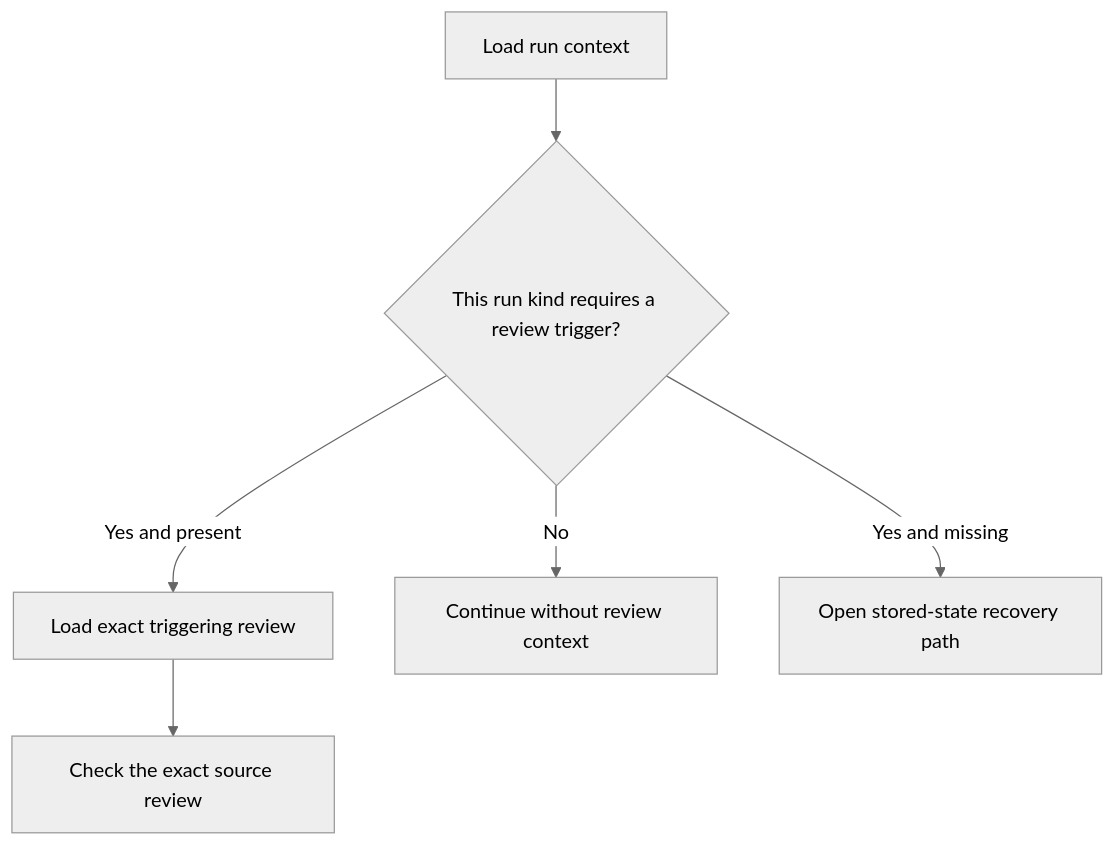
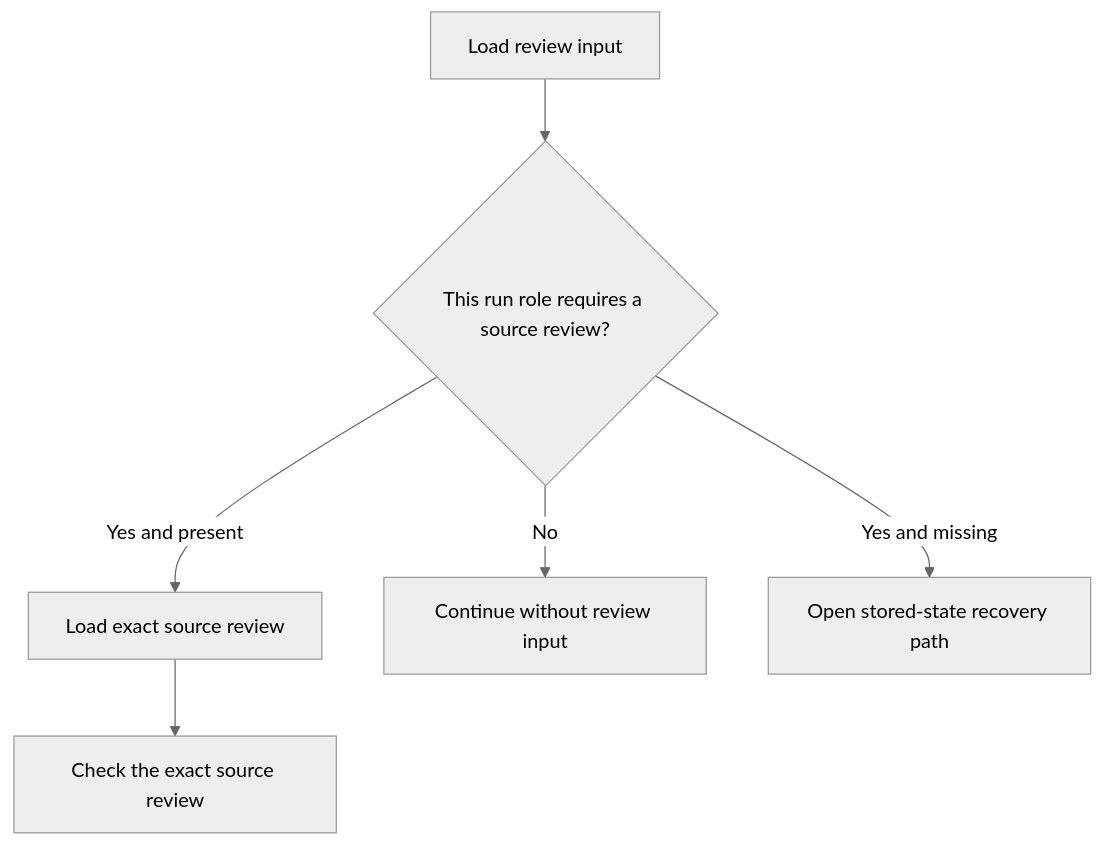
Before and after one commit to kpsuperplane/Noema: diagram 20 of 29 in docs/superpowers/plans/2026-08-08-noema-practical-reliability-roadmap.md, drawn with Mermaid (neutral theme). The commit also changed other lines of this file, not shown here.

Commit message:
docs: apply plain terms across roadmap

````diff
--- a/docs/superpowers/plans/2026-08-08-noema-practical-reliability-roadmap.md
+++ b/docs/superpowers/plans/2026-08-08-noema-practical-reliability-roadmap.md
@@ -1184,14 +1194,14 @@
 ```mermaid
 flowchart TD
-    A["Load run context"]
-    B{"This run kind requires a review trigger?"}
-    C["Load exact triggering review"]
-    D["Continue without review context"]
+    A["Load review input"]
+    B{"This run role requires a source review?"}
+    C["Load exact source review"]
+    D["Continue without review input"]
     E["Open stored-state recovery path"]
     F["Check the exact source review"]
 
     A --> B
     B -->|No| D
     B -->|Yes and present| C --> F
     B -->|Yes and missing| E
 ```
````
